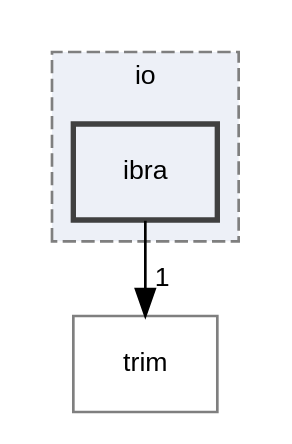
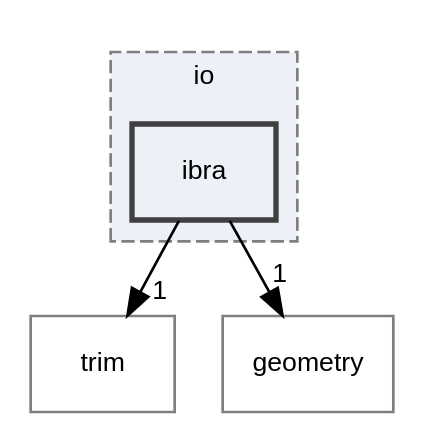
Before and after one commit to rath3t/dune-iga-doc: the diagram in dir_440ded016e37adf92567ec9f8d67bf61_dep.dot, drawn with Graphviz. The commit also changed 1110 other files, not shown here.

```diff
--- a/dir_440ded016e37adf92567ec9f8d67bf61_dep.dot
+++ b/dir_440ded016e37adf92567ec9f8d67bf61_dep.dot
@@ -1,13 +1,15 @@
 digraph "ibra"
 {
  // LATEX_PDF_SIZE
   edge [fontname="Helvetica",fontsize="10",labelfontname="Helvetica",labelfontsize="10"];
   node [fontname="Helvetica",fontsize="10",shape=record];
   compound=true
   subgraph clusterdir_c3ccff8517fbe337b2b8ad503c3a1590 {
     graph [ bgcolor="#edf0f7", pencolor="grey50", style="filled,dashed,", label="io", fontname="Helvetica", fontsize="10", URL="dir_c3ccff8517fbe337b2b8ad503c3a1590.html"]
   dir_440ded016e37adf92567ec9f8d67bf61 [shape=box, label="ibra", style="filled,bold,", fillcolor="#edf0f7", color="grey25", URL="dir_440ded016e37adf92567ec9f8d67bf61.html"];
   }
   dir_3a8a27db37838cd238997301ec88b300 [shape=box, label="trim", style="", fillcolor="#edf0f7", color="grey50", URL="dir_3a8a27db37838cd238997301ec88b300.html"];
-  dir_440ded016e37adf92567ec9f8d67bf61->dir_3a8a27db37838cd238997301ec88b300 [headlabel="1", labeldistance=1.5 headhref="dir_000005_000011.html"];
+  dir_b534248905b8119b36a62f0ff7e8fe43 [shape=box, label="geometry", style="", fillcolor="#edf0f7", color="grey50", URL="dir_b534248905b8119b36a62f0ff7e8fe43.html"];
+  dir_440ded016e37adf92567ec9f8d67bf61->dir_3a8a27db37838cd238997301ec88b300 [headlabel="1", labeldistance=1.5 headhref="dir_000004_000009.html"];
+  dir_440ded016e37adf92567ec9f8d67bf61->dir_b534248905b8119b36a62f0ff7e8fe43 [headlabel="1", labeldistance=1.5 headhref="dir_000004_000003.html"];
 }
```
